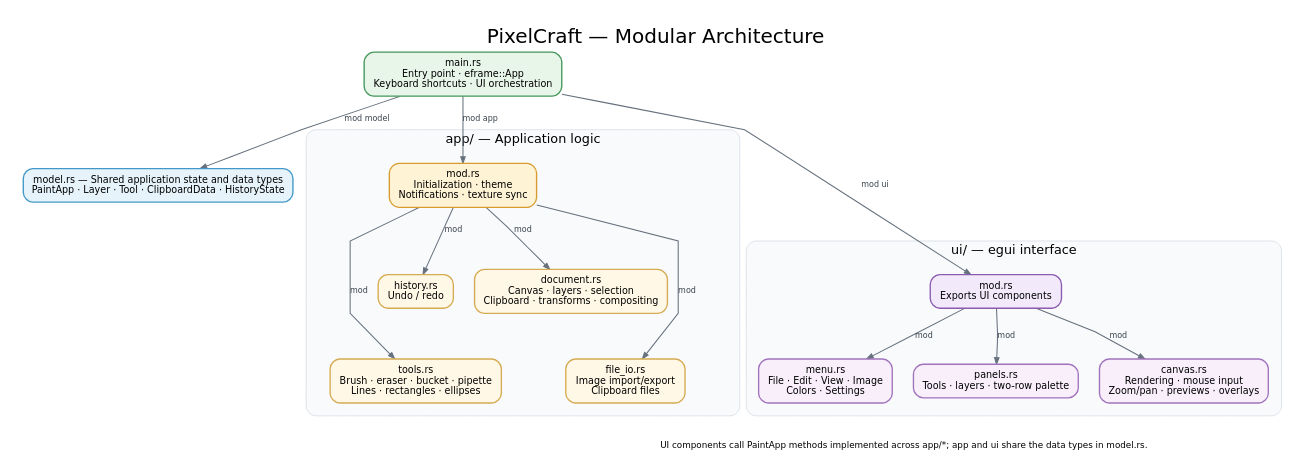
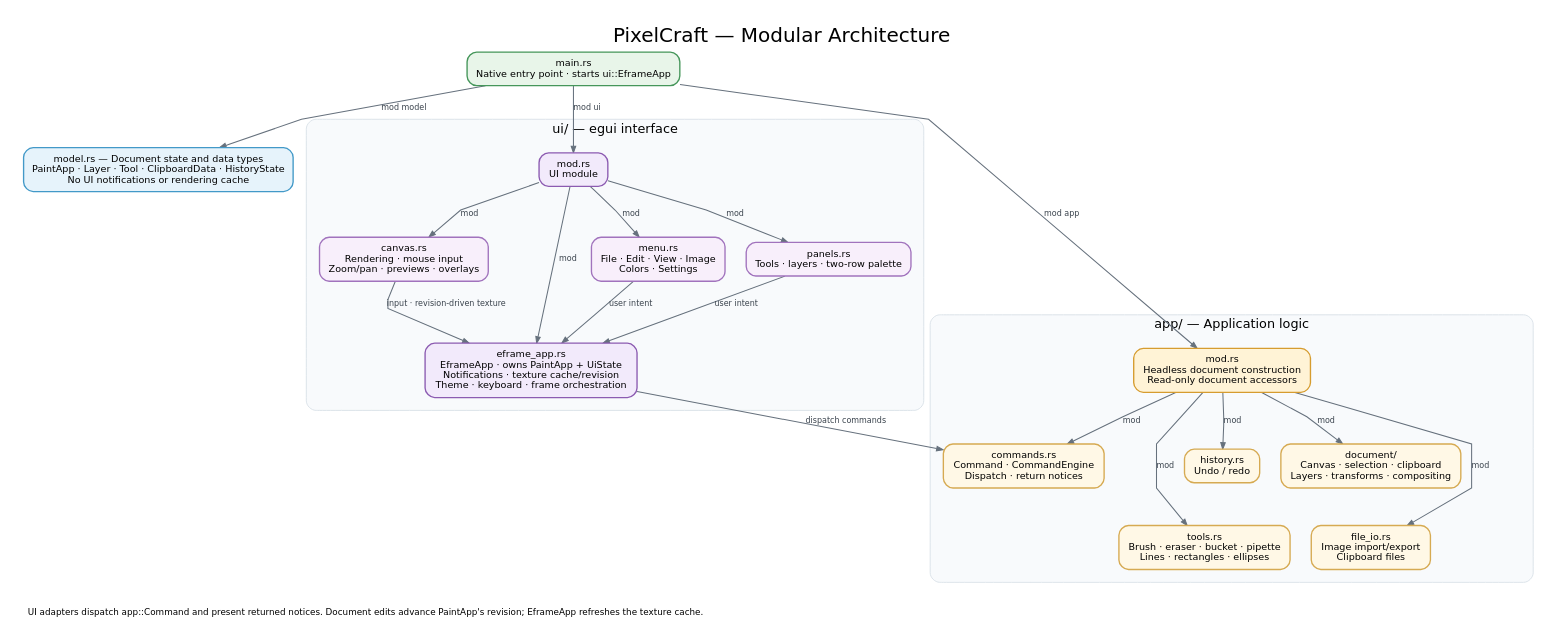
One commit to xlaudio/pixel-craft changed the diagram in arch_diagram.dot. Above: the diagram before and after it, drawn with Graphviz. The commit also changed 18 other files, not shown here.

```diff
--- a/arch_diagram.dot
+++ b/arch_diagram.dot
@@ -1,142 +1,160 @@
 digraph PixelCraftArchitecture {
     graph [
         label="PixelCraft — Modular Architecture",
         labelloc=t,
         labeljust=c,
         fontsize=25,
         fontname="DejaVu Sans",
         bgcolor="#ffffff",
         pad=0.3,
         nodesep=0.36,
         ranksep=0.62,
         splines=polyline,
         outputorder=edgesfirst
     ];
     node [
         shape=box,
         style="rounded,filled",
         fontname="DejaVu Sans",
         fontsize=12,
         color="#59636e",
         penwidth=1.7,
         margin="0.17,0.11"
     ];
     edge [
         fontname="DejaVu Sans",
         fontsize=10,
         color="#66717d",
         fontcolor="#39424c",
         arrowsize=0.8,
         penwidth=1.3
     ];
 
     main [
-        label="main.rs\nEntry point · eframe::App\nKeyboard shortcuts · UI orchestration",
+        label="main.rs\nNative entry point · starts ui::EframeApp",
         fillcolor="#e8f5e9",
         color="#45965a"
     ];
     model [
-        label="model.rs — Shared application state and data types\nPaintApp · Layer · Tool · ClipboardData · HistoryState",
+        label="model.rs — Document state and data types\nPaintApp · Layer · Tool · ClipboardData · HistoryState\nNo UI notifications or rendering cache",
         fillcolor="#e6f3fb",
         color="#4299c8"
     ];
 
     subgraph cluster_app {
         label="app/ — Application logic";
         fontname="DejaVu Sans";
         fontsize=16;
         color="#d5dde5";
         style="rounded,filled";
         fillcolor="#f8fafc";
         margin=16;
 
         app_mod [
-            label="mod.rs\nInitialization · theme\nNotifications · texture sync",
+            label="mod.rs\nHeadless document construction\nRead-only document accessors",
             fillcolor="#fff3d6",
             color="#d69c2f"
+        ];
+        commands [
+            label="commands.rs\nCommand · CommandEngine\nDispatch · return notices",
+            fillcolor="#fff8e6",
+            color="#d6aa52"
         ];
         history [
             label="history.rs\nUndo / redo",
             fillcolor="#fff8e6",
             color="#d6aa52"
         ];
         document [
-            label="document.rs\nCanvas · layers · selection\nClipboard · transforms · compositing",
+            label="document/\nCanvas · selection · clipboard\nLayers · transforms · compositing",
             fillcolor="#fff8e6",
             color="#d6aa52"
         ];
         tools [
             label="tools.rs\nBrush · eraser · bucket · pipette\nLines · rectangles · ellipses",
             fillcolor="#fff8e6",
             color="#d6aa52"
         ];
         file_io [
             label="file_io.rs\nImage import/export\nClipboard files",
             fillcolor="#fff8e6",
             color="#d6aa52"
         ];
-        { rank=same; history; document; }
+        { rank=same; commands; history; document; }
         { rank=same; tools; file_io; }
+        app_mod -> commands [style=invis, weight=3];
         app_mod -> history [style=invis, weight=3];
         app_mod -> document [style=invis, weight=3];
         history -> tools [style=invis, weight=3];
         document -> file_io [style=invis, weight=3];
     }
 
     subgraph cluster_ui {
         label="ui/ — egui interface";
         fontname="DejaVu Sans";
         fontsize=16;
         color="#d5dde5";
         style="rounded,filled";
         fillcolor="#f8fafc";
         margin=16;
 
         ui_mod [
-            label="mod.rs\nExports UI components",
+            label="mod.rs\nUI module",
+            fillcolor="#f2eafb",
+            color="#8c5bb1"
+        ];
+        eframe_app [
+            label="eframe_app.rs\nEframeApp · owns PaintApp + UiState\nNotifications · texture cache/revision\nTheme · keyboard · frame orchestration",
             fillcolor="#f2eafb",
             color="#8c5bb1"
         ];
         menu [
             label="menu.rs\nFile · Edit · View · Image\nColors · Settings",
             fillcolor="#f8effb",
             color="#a173bd"
         ];
         panels [
             label="panels.rs\nTools · layers · two-row palette",
             fillcolor="#f8effb",
             color="#a173bd"
         ];
         canvas [
             label="canvas.rs\nRendering · mouse input\nZoom/pan · previews · overlays",
             fillcolor="#f8effb",
             color="#a173bd"
         ];
         { rank=same; menu; panels; canvas; }
+        ui_mod -> eframe_app [style=invis, weight=3];
         ui_mod -> menu [style=invis, weight=3];
         ui_mod -> panels [style=invis, weight=3];
         ui_mod -> canvas [style=invis, weight=3];
     }
 
     { rank=min; main; }
     main -> app_mod [label="mod app"];
     main -> ui_mod [label="mod ui"];
     main -> model [label="mod model"];
+    app_mod -> commands [label="mod"];
     app_mod -> history [label="mod"];
     app_mod -> document [label="mod"];
     app_mod -> tools [label="mod"];
     app_mod -> file_io [label="mod"];
+    ui_mod -> eframe_app [label="mod"];
     ui_mod -> menu [label="mod"];
     ui_mod -> panels [label="mod"];
     ui_mod -> canvas [label="mod"];
+    eframe_app -> commands [label="dispatch commands"];
+    menu -> eframe_app [label="user intent"];
+    panels -> eframe_app [label="user intent"];
+    canvas -> eframe_app [label="input · revision-driven texture"];
 
     footer [
         shape=plain,
         style="",
         fontsize=11,
-        label="UI components call PaintApp methods implemented across app/*; app and ui share the data types in model.rs."
+        label="UI adapters dispatch app::Command and present returned notices. Document edits advance PaintApp's revision; EframeApp refreshes the texture cache."
     ];
     { rank=max; footer; }
     file_io -> footer [style=invis, weight=2];
     canvas -> footer [style=invis, weight=2];
 }
```
